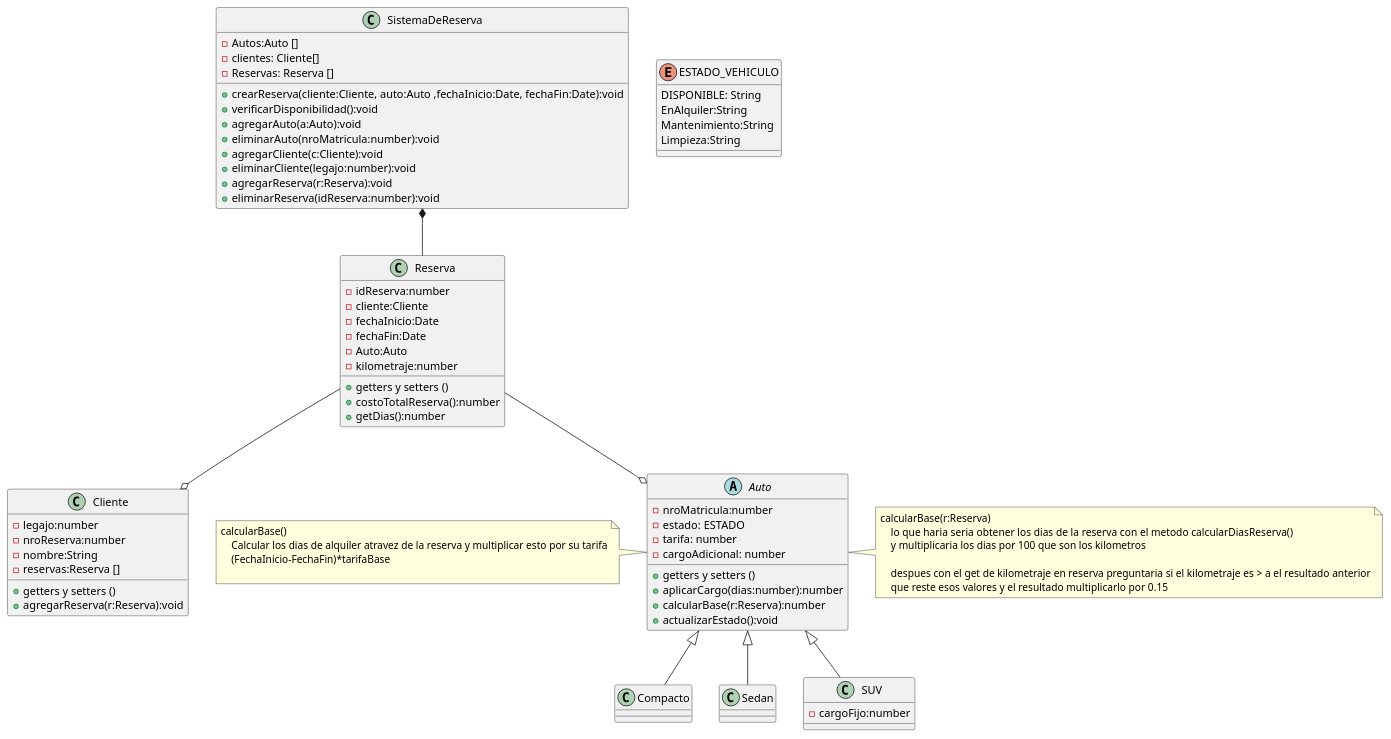
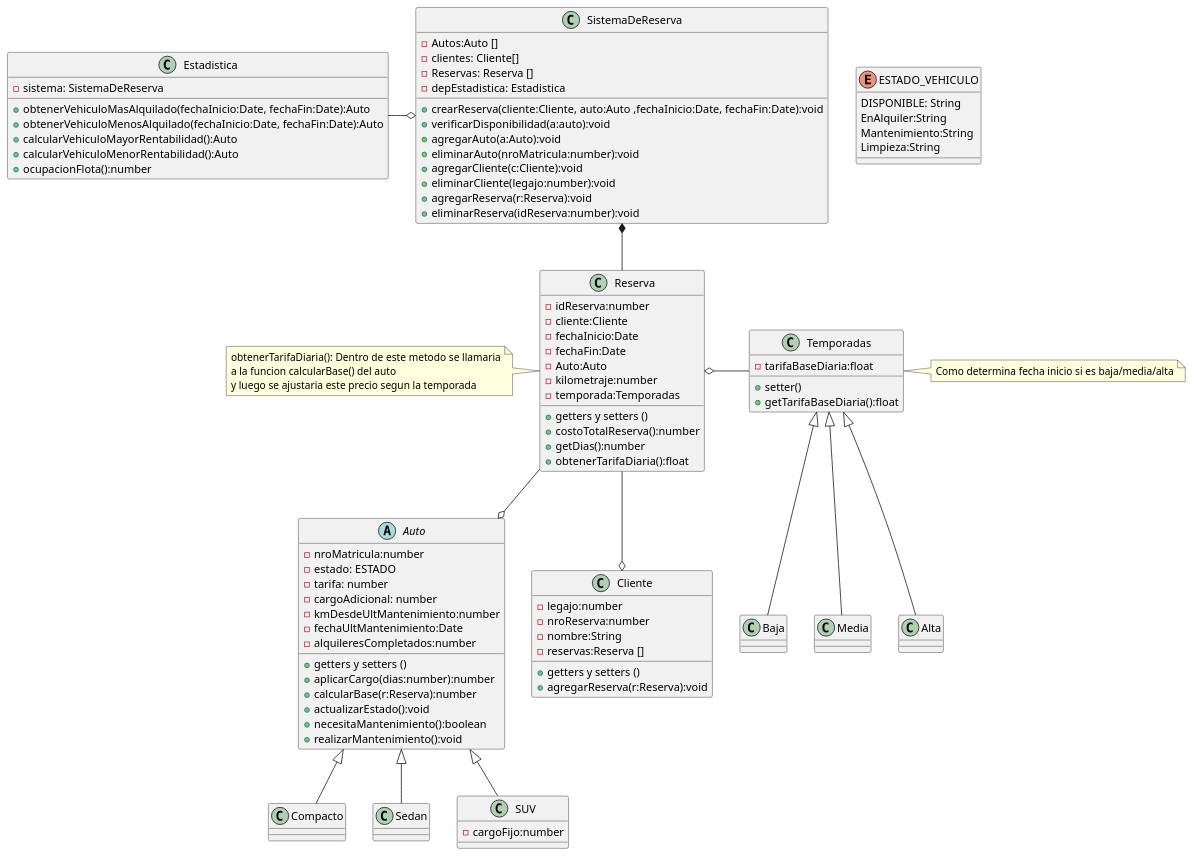
Before and after one commit to marketitos/TP-DriveHub-Grupo-6: the diagram in src/UML/UML.plantuml, drawn with PlantUML. The commit also changed 1 other file, not shown here.

Commit message:
Diagrama de clases actualizado

```diff
--- a/src/UML/UML.plantuml
+++ b/src/UML/UML.plantuml
@@ -1,98 +1,124 @@
 @startuml TP-Integrador
 
 class SistemaDeReserva{
     - Autos:Auto []
     - clientes: Cliente[]
     - Reservas: Reserva []
+    - depEstadistica: Estadistica
 
     + crearReserva(cliente:Cliente, auto:Auto ,fechaInicio:Date, fechaFin:Date):void
-    + verificarDisponibilidad():void
+    + verificarDisponibilidad(a:auto):void
     + agregarAuto(a:Auto):void
     + eliminarAuto(nroMatricula:number):void
     + agregarCliente(c:Cliente):void
     + eliminarCliente(legajo:number):void
     + agregarReserva(r:Reserva):void
     + eliminarReserva(idReserva:number):void
 }
 
 
 class Reserva{
     - idReserva:number
     - cliente:Cliente
     - fechaInicio:Date
     - fechaFin:Date
     - Auto:Auto 
     - kilometraje:number 
+    - temporada:Temporadas
 
     + getters y setters ()
     + costoTotalReserva():number
     + getDias():number
+    + obtenerTarifaDiaria():float
+}
+
+note left of Reserva{
+    obtenerTarifaDiaria(): Dentro de este metodo se llamaria
+    a la funcion calcularBase() del auto 
+    y luego se ajustaria este precio segun la temporada 
 }
 
 
 abstract class Auto{
     - nroMatricula:number
     - estado: ESTADO
     - tarifa: number
     - cargoAdicional: number
+    - kmDesdeUltMantenimiento:number
+    - fechaUltMantenimiento:Date
+    - alquileresCompletados:number
 
     + getters y setters ()
     + aplicarCargo(dias:number):number
     + calcularBase(r:Reserva):number
     + actualizarEstado():void
+    + necesitaMantenimiento():boolean
+    + realizarMantenimiento():void
 }
 class Compacto extends Auto{
 }
 class Sedan extends Auto{
 }
 
 class SUV extends Auto{
     - cargoFijo:number
 }
 
-note right of Auto{
-    calcularBase(r:Reserva)
-        lo que haria seria obtener los dias de la reserva con el metodo  calcularDiasReserva()
-        y multiplicaria los dias por 100 que son los kilometros
+class Estadistica{
+    - sistema: SistemaDeReserva
 
-        despues con el get de kilometraje en reserva preguntaria si el kilometraje es > a el resultado anterior
-        que reste esos valores y el resultado multiplicarlo por 0.15
+    + obtenerVehiculoMasAlquilado(fechaInicio:Date, fechaFin:Date):Auto
+    + obtenerVehiculoMenosAlquilado(fechaInicio:Date, fechaFin:Date):Auto
+    + calcularVehiculoMayorRentabilidad():Auto
+    + calcularVehiculoMenorRentabilidad():Auto
+    + ocupacionFlota():number
+
 }
-
-
-
-note left of Auto{
-    calcularBase()
-        Calcular los dias de alquiler atravez de la reserva y multiplicar esto por su tarifa
-        (FechaInicio-FechaFin)*tarifaBase
-    
-}
-
 
 class Cliente{
     - legajo:number
     - nroReserva:number
     - nombre:String
     - reservas:Reserva []
 
     + getters y setters ()
     + agregarReserva(r:Reserva):void
 }
 
 enum ESTADO_VEHICULO{
     DISPONIBLE: String
     EnAlquiler:String
     Mantenimiento:String
     Limpieza:String
 }
 
+class Temporadas{
+    - tarifaBaseDiaria:float
 
+    + setter()
+    + getTarifaBaseDiaria():float
+}
+
+note right of Temporadas{
+    Como determina fecha inicio si es baja/media/alta
+}
+
+class Baja extends Temporadas{
+}
+class Media extends Temporadas{
+}
+class Alta extends Temporadas{
+}
+
+Temporadas -left-o Reserva
 
 Reserva --o Auto
 
 Reserva --o Cliente
 
 Reserva -up-* SistemaDeReserva
 
+SistemaDeReserva o-left- Estadistica
+
 
 @enduml
```
